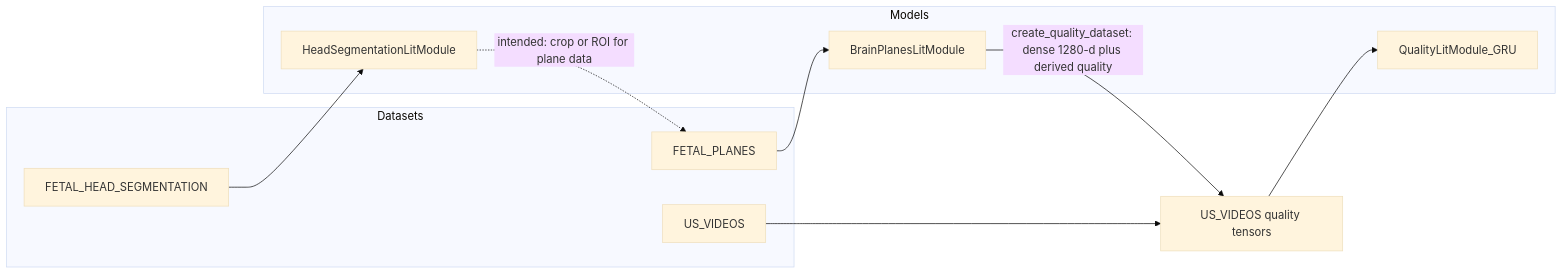
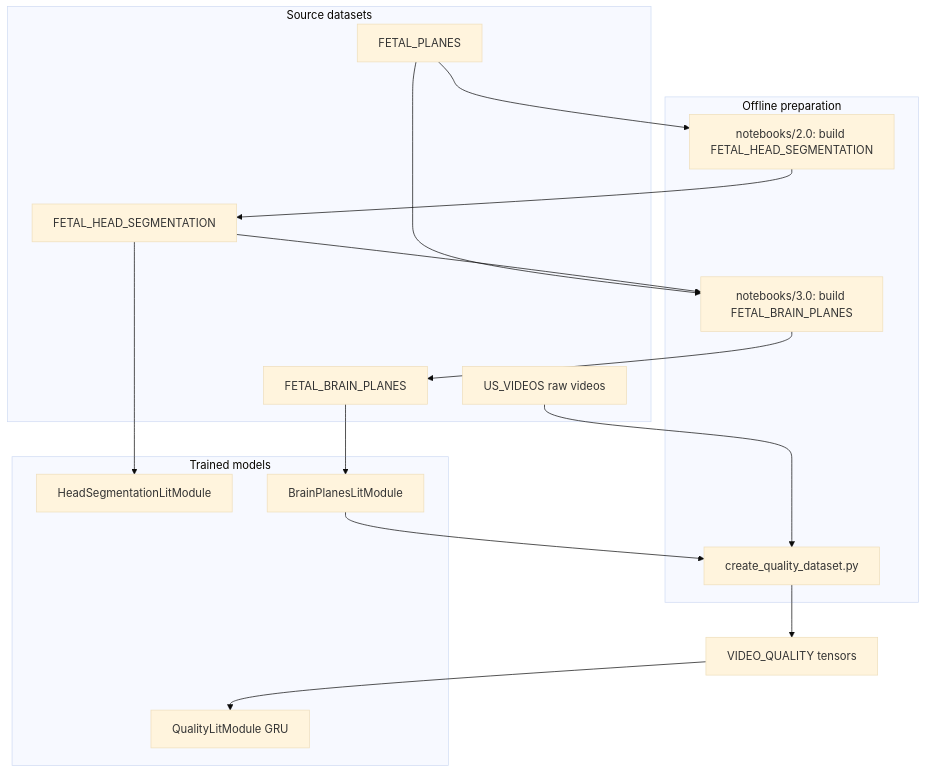
The first of 2 diagrams in README.md (Alek96/ultrasound_fetal_images), drawn with Mermaid (base theme) before and after one commit. The commit also changed other lines of this file, not shown here.

````diff
--- a/README.md
+++ b/README.md
@@ -43,19 +94,30 @@
 ```mermaid
-flowchart LR
-  subgraph dataA [Datasets]
+flowchart TB
+  subgraph sources [Source datasets]
+    FP[FETAL_PLANES]
     HS[FETAL_HEAD_SEGMENTATION]
-    FP[FETAL_PLANES]
-    VID[US_VIDEOS]
+    BP[FETAL_BRAIN_PLANES]
+    RAW[US_VIDEOS raw videos]
   end
-  subgraph models [Models]
+  subgraph prep [Offline preparation]
+    NB20["notebooks/2.0: build FETAL_HEAD_SEGMENTATION"]
+    NB30["notebooks/3.0: build FETAL_BRAIN_PLANES"]
+    CQD["create_quality_dataset.py"]
+  end
+  subgraph models [Trained models]
     M1[HeadSegmentationLitModule]
     M2[BrainPlanesLitModule]
-    M3[QualityLitModule_GRU]
+    M3[QualityLitModule GRU]
   end
+  FP --> NB20
+  NB20 --> HS
+  FP --> NB30
+  HS --> NB30
+  NB30 --> BP
   HS --> M1
-  M1 -. "intended: crop or ROI for plane data" .-> FP
-  FP --> M2
-  M2 -->|"create_quality_dataset: dense 1280-d plus derived quality"| DS[US_VIDEOS quality tensors]
-  VID --> DS
-  DS --> M3
+  BP --> M2
+  RAW --> CQD
+  M2 --> CQD
+  CQD --> VQ[VIDEO_QUALITY tensors]
+  VQ --> M3
 ```
````
